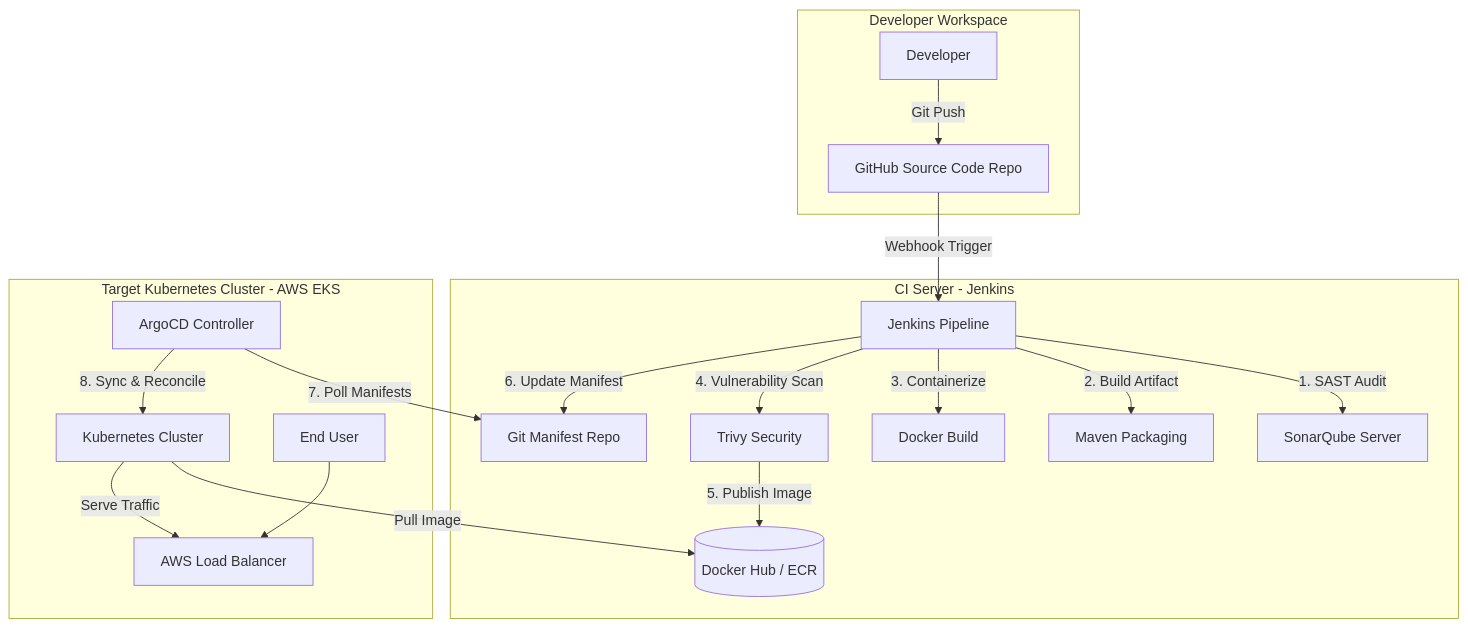
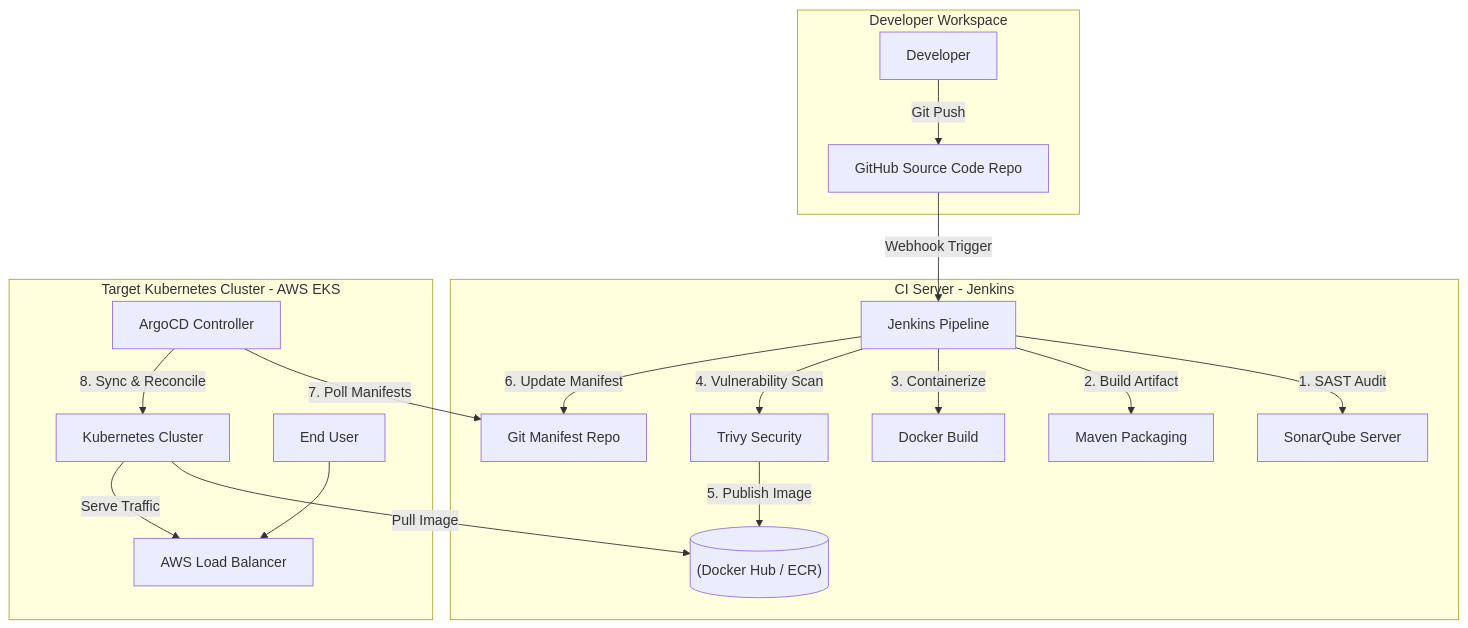
The first of 6 diagrams in README.md (Saiteja2101/GitOps-Project), drawn with Mermaid before and after one commit. The commit also changed other lines of this file, not shown here.

Commit message:
fix(docs): resolve Mermaid syntax parse error in README

````diff
--- a/README.md
+++ b/README.md
@@ -118,24 +118,24 @@
 ```mermaid
 flowchart TD
-    subgraph Developer Workspace
-        DEV[Developer] -->|Git Push| GITHUB[GitHub Source Code Repo]
+    subgraph "Developer Workspace"
+        DEV["Developer"] -->|Git Push| GITHUB["GitHub Source Code Repo"]
     end
 
-    subgraph CI Server - Jenkins
-        GITHUB -->|Webhook Trigger| JENKINS[Jenkins Pipeline]
-        JENKINS -->|1. SAST Audit| SONAR[SonarQube Server]
-        JENKINS -->|2. Build Artifact| MAVEN[Maven Packaging]
-        JENKINS -->|3. Containerize| DOCKER[Docker Build]
-        JENKINS -->|4. Vulnerability Scan| TRIVY[Trivy Security]
-        TRIVY -->|5. Publish Image| REGISTRY[(Docker Hub / ECR)]
-        JENKINS -->|6. Update Manifest| GITMANIFEST[Git Manifest Repo]
+    subgraph "CI Server - Jenkins"
+        GITHUB -->|Webhook Trigger| JENKINS["Jenkins Pipeline"]
+        JENKINS -->|1. SAST Audit| SONAR["SonarQube Server"]
+        JENKINS -->|2. Build Artifact| MAVEN["Maven Packaging"]
+        JENKINS -->|3. Containerize| DOCKER["Docker Build"]
+        JENKINS -->|4. Vulnerability Scan| TRIVY["Trivy Security"]
+        TRIVY -->|5. Publish Image| REGISTRY[("(Docker Hub / ECR)")]
+        JENKINS -->|6. Update Manifest| GITMANIFEST["Git Manifest Repo"]
     end
 
-    subgraph Target Kubernetes Cluster - AWS EKS
-        ARGO[ArgoCD Controller] -->|7. Poll Manifests| GITMANIFEST
-        ARGO -->|8. Sync & Reconcile| K8S[Kubernetes Cluster]
+    subgraph "Target Kubernetes Cluster - AWS EKS"
+        ARGO["ArgoCD Controller"] -->|7. Poll Manifests| GITMANIFEST
+        ARGO -->|8. Sync & Reconcile| K8S["Kubernetes Cluster"]
         K8S -->|Pull Image| REGISTRY
-        K8S -->|Serve Traffic| ALB[AWS Load Balancer]
-        CLIENT[End User] --> ALB
+        K8S -->|Serve Traffic| ALB["AWS Load Balancer"]
+        CLIENT["End User"] --> ALB
     end
 ```
````
